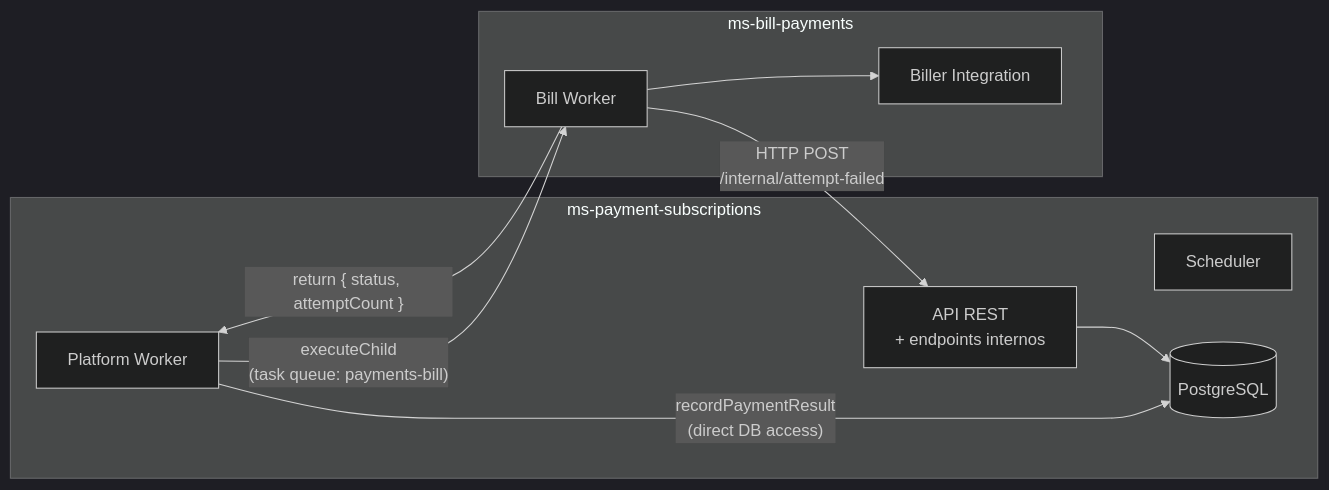
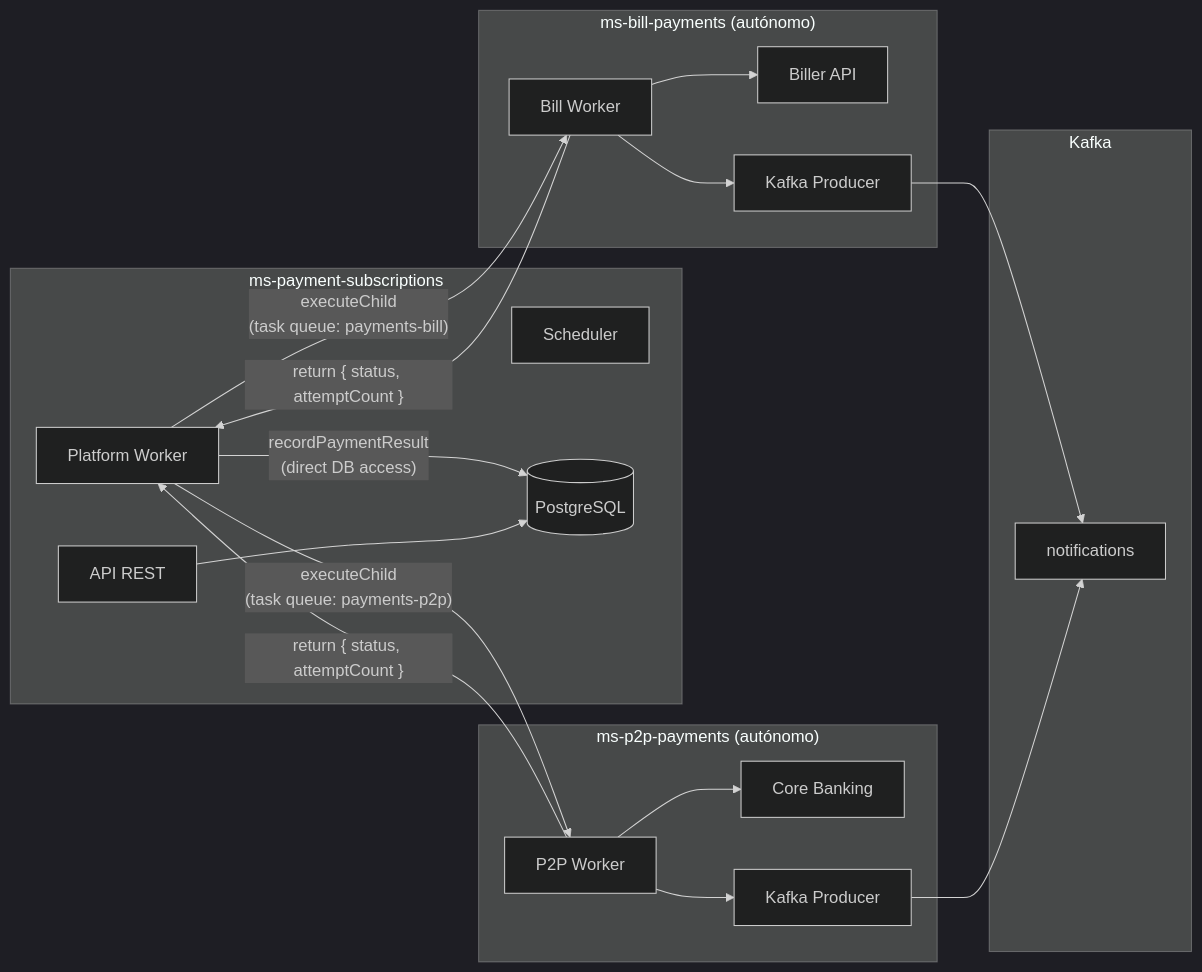
The seventh of 7 diagrams in pocs/poc-recurring-payments/README.md (anelivaldes-tw/automations), drawn with Mermaid (dark theme) before and after one commit. The commit also changed other lines of this file, not shown here.

First line of the commit message:
docs(poc): rewrite README for domain-owned notifications architecture

````diff
--- a/pocs/poc-recurring-payments/README.md
+++ b/pocs/poc-recurring-payments/README.md
@@ -759,21 +765,38 @@
 ```mermaid
 flowchart LR
     subgraph MS_PLATFORM["ms-payment-subscriptions"]
-        API[API REST<br/>+ endpoints internos]
+        API[API REST]
         PW[Platform Worker]
         SCH[Scheduler]
         DB[(PostgreSQL)]
     end
 
-    subgraph MS_BILL["ms-bill-payments"]
+    subgraph MS_BILL["ms-bill-payments (autónomo)"]
         BW[Bill Worker]
-        BILLER[Biller Integration]
+        BILLER[Biller API]
+        BK[Kafka Producer]
+    end
+
+    subgraph MS_P2P["ms-p2p-payments (autónomo)"]
+        PW2[P2P Worker]
+        WALLET[Core Banking]
+        PK[Kafka Producer]
+    end
+
+    subgraph KAFKA["Kafka"]
+        TOPIC[notifications]
     end
 
     PW -->|"executeChild<br/>(task queue: payments-bill)"| BW
-    BW -->|"HTTP POST<br/>/internal/attempt-failed"| API
+    PW -->|"executeChild<br/>(task queue: payments-p2p)"| PW2
     BW -->|"return { status, attemptCount }"| PW
+    PW2 -->|"return { status, attemptCount }"| PW
     PW -->|"recordPaymentResult<br/>(direct DB access)"| DB
+    BW --> BILLER
+    BW --> BK
+    PW2 --> WALLET
+    PW2 --> PK
+    BK --> TOPIC
+    PK --> TOPIC
     API --> DB
-    BW --> BILLER
 ```
````
